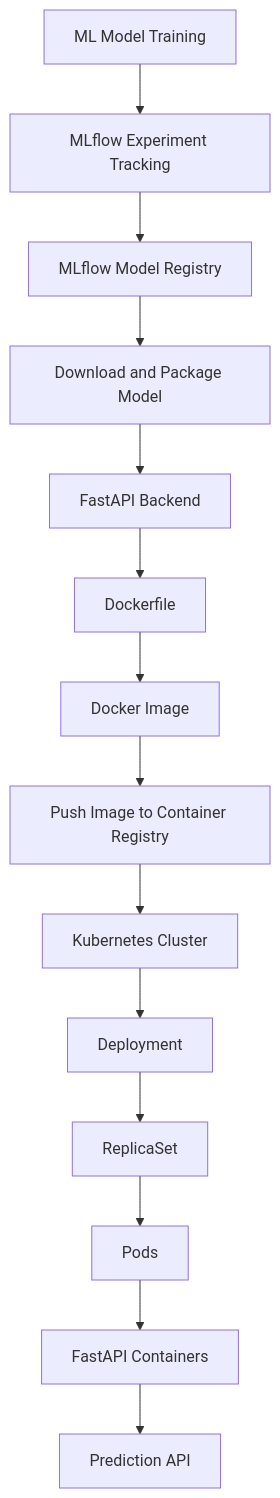
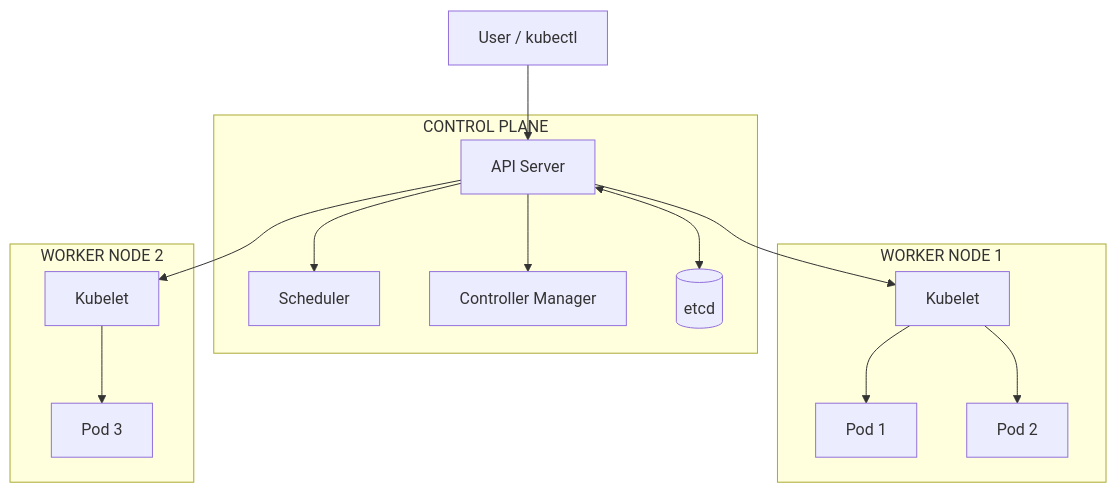
One commit to chidvi123/MLOps changed the first of 12 diagrams in READMENEW.md. Above: the diagram before and after it, drawn with Mermaid. The commit also changed other lines of this file, not shown here.

Commit message:
updated Kubernetes md'

````diff
--- a/READMENEW.md
+++ b/READMENEW.md
@@ -27,16 +25,31 @@
 ```mermaid
-flowchart TD
-    A["ML Model Training"] --> B["MLflow Experiment Tracking"]
-    B --> C["MLflow Model Registry"]
-    C --> D["Download and Package Model"]
-    D --> E["FastAPI Backend"]
-    E --> F["Dockerfile"]
-    F --> G["Docker Image"]
-    G --> H["Push Image to Container Registry"]
-    H --> I["Kubernetes Cluster"]
-    I --> J["Deployment"]
-    J --> K["ReplicaSet"]
-    K --> L["Pods"]
-    L --> M["FastAPI Containers"]
-    M --> N["Prediction API"]
+flowchart TB
+    U["User / kubectl"] --> API
+
+    subgraph CP["CONTROL PLANE"]
+        API["API Server"]
+        SCH["Scheduler"]
+        CM["Controller Manager"]
+        ETCD[("etcd")]
+        API --> SCH
+        API --> CM
+        API <--> ETCD
+    end
+
+    subgraph W1["WORKER NODE 1"]
+        K1["Kubelet"]
+        P1["Pod 1"]
+        P2["Pod 2"]
+        K1 --> P1
+        K1 --> P2
+    end
+
+    subgraph W2["WORKER NODE 2"]
+        K2["Kubelet"]
+        P3["Pod 3"]
+        K2 --> P3
+    end
+
+    API --> K1
+    API --> K2
 ```
````
